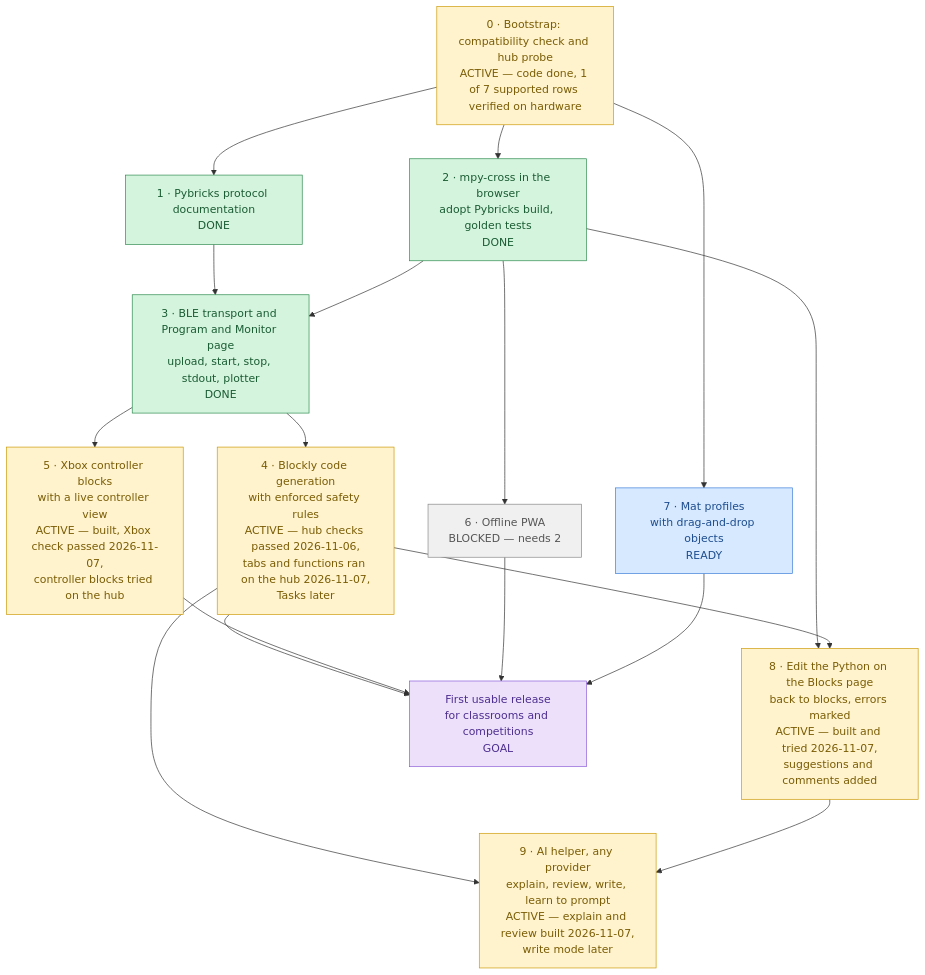
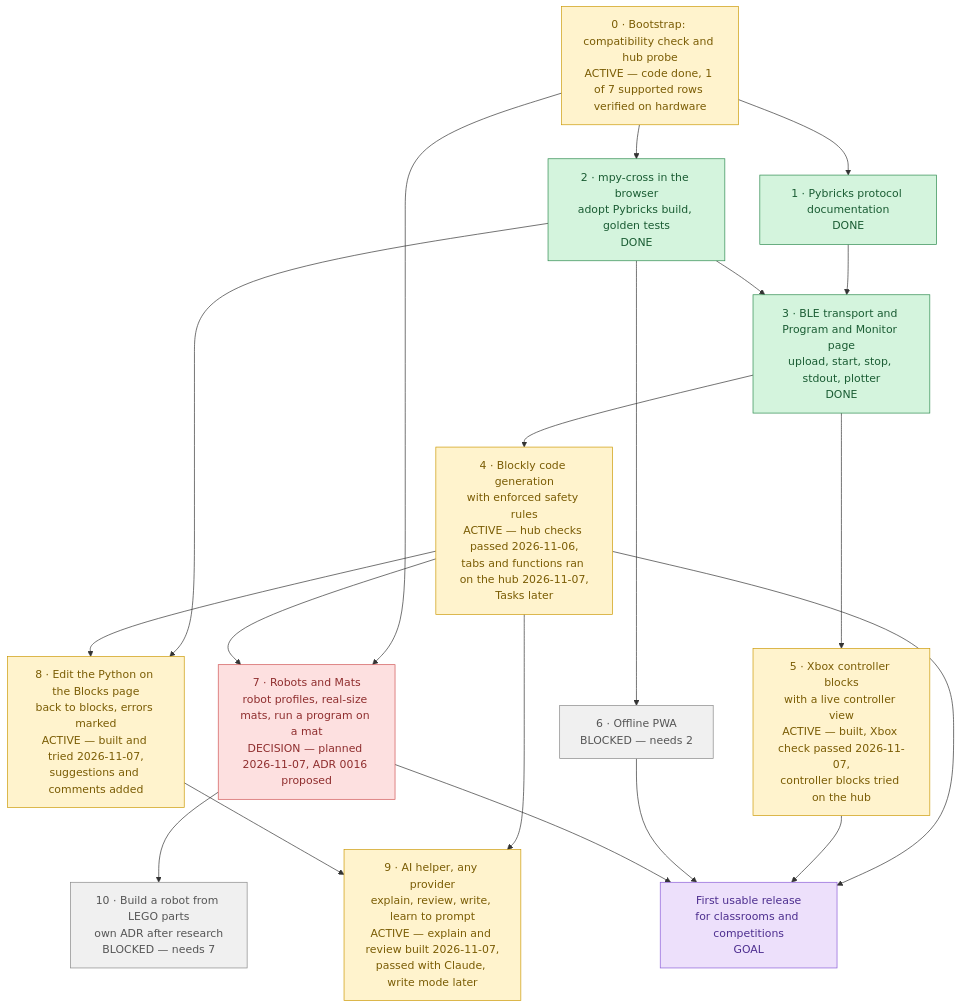
Before and after one commit to lumduan/matpilot: the diagram in docs/roadmap.md, drawn with Mermaid. The commit also changed other lines of this file and 4 other files, not shown here.

First line of the commit message:
docs: plan Robots and Mats (ADR 0016, proposed); AI helper passed with Claude

````diff
--- a/docs/roadmap.md
+++ b/docs/roadmap.md
@@ -10,45 +10,49 @@
 ```mermaid
 flowchart TD
     M0["0 · Bootstrap: compatibility check and hub probe<br/>ACTIVE — code done, 1 of 7 supported rows verified on hardware"]
     M1["1 · Pybricks protocol documentation<br/>DONE"]
     M2["2 · mpy-cross in the browser<br/>adopt Pybricks build, golden tests<br/>DONE"]
     M3["3 · BLE transport and Program and Monitor page<br/>upload, start, stop, stdout, plotter<br/>DONE"]
     M4["4 · Blockly code generation<br/>with enforced safety rules<br/>ACTIVE — hub checks passed 2026-11-06,<br/>tabs and functions ran on the hub 2026-11-07,<br/>Tasks later"]
     M5["5 · Xbox controller blocks<br/>with a live controller view<br/>ACTIVE — built, Xbox check passed 2026-11-07,<br/>controller blocks tried on the hub"]
     M6["6 · Offline PWA<br/>BLOCKED — needs 2"]
-    M7["7 · Mat profiles<br/>with drag-and-drop objects<br/>READY"]
+    M7["7 · Robots and Mats<br/>robot profiles, real-size mats, run a program on a mat<br/>DECISION — planned 2026-11-07, ADR 0016 proposed"]
+    M10["10 · Build a robot from LEGO parts<br/>own ADR after research<br/>BLOCKED — needs 7"]
     M8["8 · Edit the Python on the Blocks page<br/>back to blocks, errors marked<br/>ACTIVE — built and tried 2026-11-07,<br/>suggestions and comments added"]
-    M9["9 · AI helper, any provider<br/>explain, review, write, learn to prompt<br/>ACTIVE — explain and review built 2026-11-07,<br/>write mode later"]
+    M9["9 · AI helper, any provider<br/>explain, review, write, learn to prompt<br/>ACTIVE — explain and review built 2026-11-07,<br/>passed with Claude, write mode later"]
     GOAL["First usable release<br/>for classrooms and competitions<br/>GOAL"]
 
     M0 --> M1
     M0 --> M2
     M0 --> M7
+    M4 --> M7
+    M7 --> M10
     M1 --> M3
     M2 --> M3
     M3 --> M4
     M3 --> M5
     M2 --> M6
     M4 --> GOAL
     M5 --> GOAL
     M6 --> GOAL
     M7 --> GOAL
     M2 --> M8
     M4 --> M8
     M4 --> M9
     M8 --> M9
 
     classDef done     fill:#d4f4dd,stroke:#2d8a4e,color:#1a5c33
     classDef active   fill:#fff3cd,stroke:#cc9a06,color:#7a5c04
     classDef ready    fill:#d6e9ff,stroke:#3b7dd8,color:#1e4d8f
     classDef blocked  fill:#f0f0f0,stroke:#888,color:#555
     classDef goal     fill:#ede0fb,stroke:#8a5cd8,color:#4d2e8f
+    classDef decision fill:#fde0e0,stroke:#d05555,color:#8f2e2e
 
     class M0,M4,M5 active
     class M1,M2,M3 done
-    class M7 ready
-    class M6 blocked
+    class M7 decision
+    class M6,M10 blocked
     class GOAL goal
     class M8 active
     class M9 active
 ```
````
